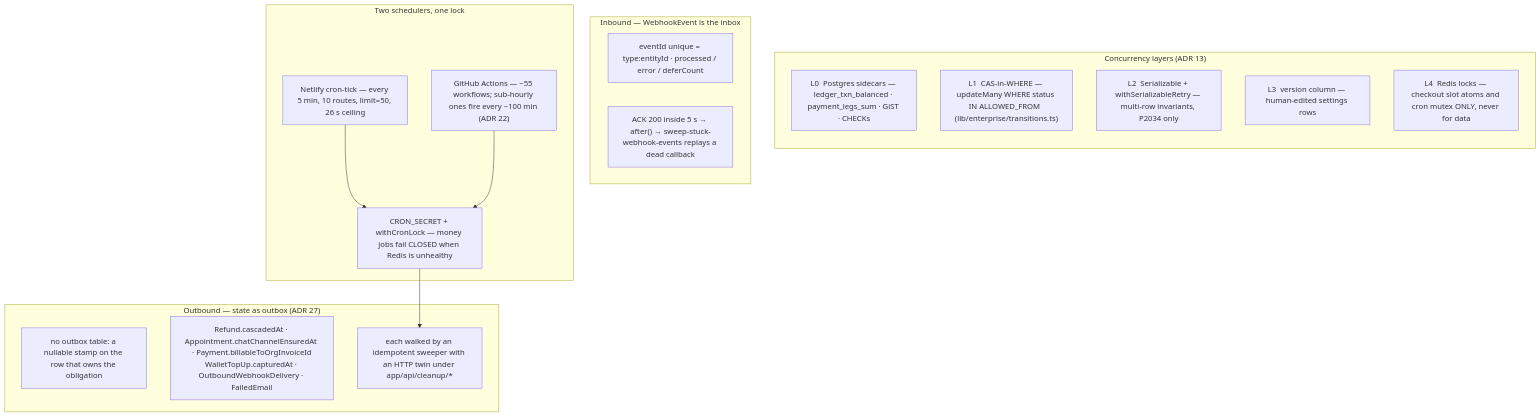
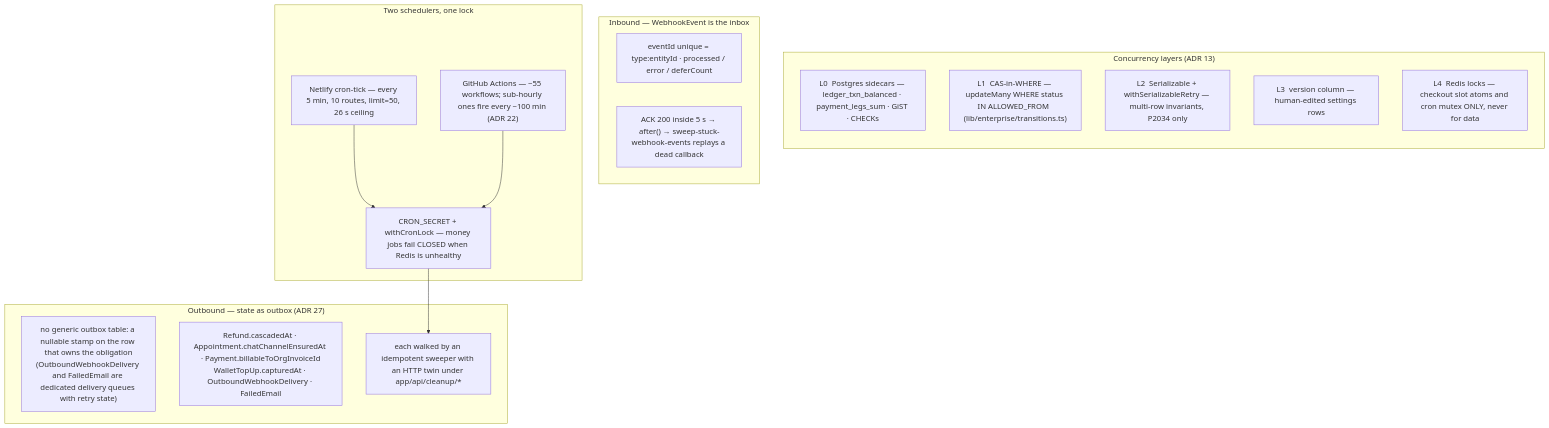
One commit to The-Developer-Bros/consultxlabs_web changed diagram 16 of 16 in docs/enterprise/explainers/money-machinery.md. Above: the diagram before and after it, drawn with Mermaid. The commit also changed other lines of this file, not shown here.

````diff
--- a/docs/enterprise/explainers/money-machinery.md
+++ b/docs/enterprise/explainers/money-machinery.md
@@ -598,32 +600,32 @@
 ```mermaid
 flowchart TB
   subgraph L["Concurrency layers (ADR 13)"]
     direction TB
     L0["L0  Postgres sidecars — ledger_txn_balanced · payment_legs_sum · GiST · CHECKs"]
     L1["L1  CAS-in-WHERE — updateMany WHERE status IN ALLOWED_FROM  (lib/enterprise/transitions.ts)"]
     L2["L2  Serializable + withSerializableRetry — multi-row invariants, P2034 only"]
     L3["L3  version column — human-edited settings rows"]
     L4["L4  Redis locks — checkout slot atoms and cron mutex ONLY, never for data"]
   end
 
   subgraph IN["Inbound — WebhookEvent is the inbox"]
     W1["eventId unique = type:entityId · processed / error / deferCount"]
     W2["ACK 200 inside 5 s → after() → sweep-stuck-webhook-events replays a dead callback"]
   end
 
   subgraph OUT["Outbound — state as outbox (ADR 27)"]
-    O1["no outbox table: a nullable stamp on the row that owns the obligation"]
+    O1["no generic outbox table: a nullable stamp on the row that owns the obligation<br/>(OutboundWebhookDelivery and FailedEmail are dedicated delivery queues with retry state)"]
     O2["Refund.cascadedAt · Appointment.chatChannelEnsuredAt · Payment.billableToOrgInvoiceId<br/>WalletTopUp.capturedAt · OutboundWebhookDelivery · FailedEmail"]
     O3["each walked by an idempotent sweeper with an HTTP twin under app/api/cleanup/*"]
   end
 
   subgraph SCHED["Two schedulers, one lock"]
     T1["Netlify cron-tick — every 5 min, 10 routes, limit=50, 26 s ceiling"]
     T2["GitHub Actions — ~55 workflows; sub-hourly ones fire every ~100 min (ADR 22)"]
     T3["CRON_SECRET + withCronLock — money jobs fail CLOSED when Redis is unhealthy"]
     T1 --> T3
     T2 --> T3
   end
 
   T3 --> O3
 ```
````
